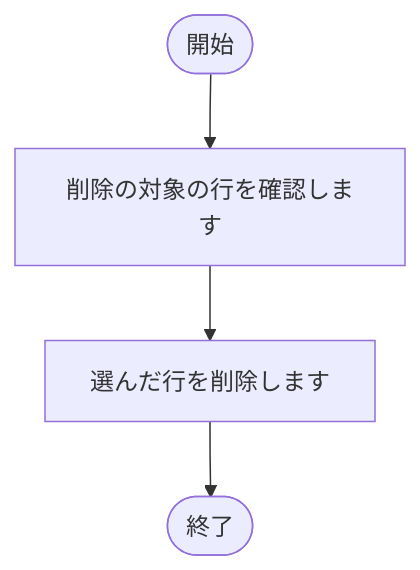
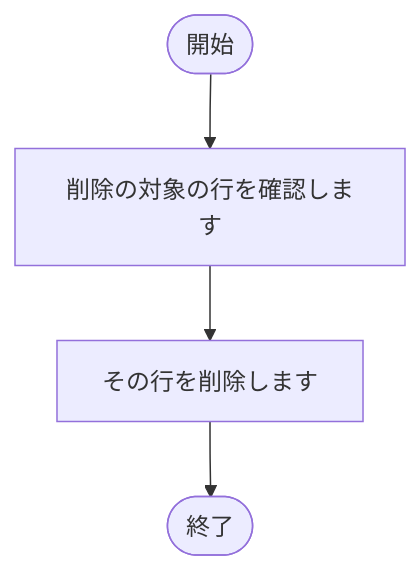
Before and after one commit to nishida2073/project_management: the tenth of 25 diagrams in tool/kintone-aggregator/doc/02_設計/処理フロー.md, drawn with Mermaid. The commit also changed other lines of this file and 5 other files, not shown here.

````diff
--- a/tool/kintone-aggregator/doc/02_設計/処理フロー.md
+++ b/tool/kintone-aggregator/doc/02_設計/処理フロー.md
@@ -284,10 +284,10 @@
 ```mermaid
 flowchart TD
     S(["開始"])
     E(["終了"])
     N1["削除の対象の行を確認します"]
     S --> N1
-    N2["選んだ行を削除します"]
+    N2["その行を削除します"]
     N1 --> N2
     N2 --> E
 ```
````
